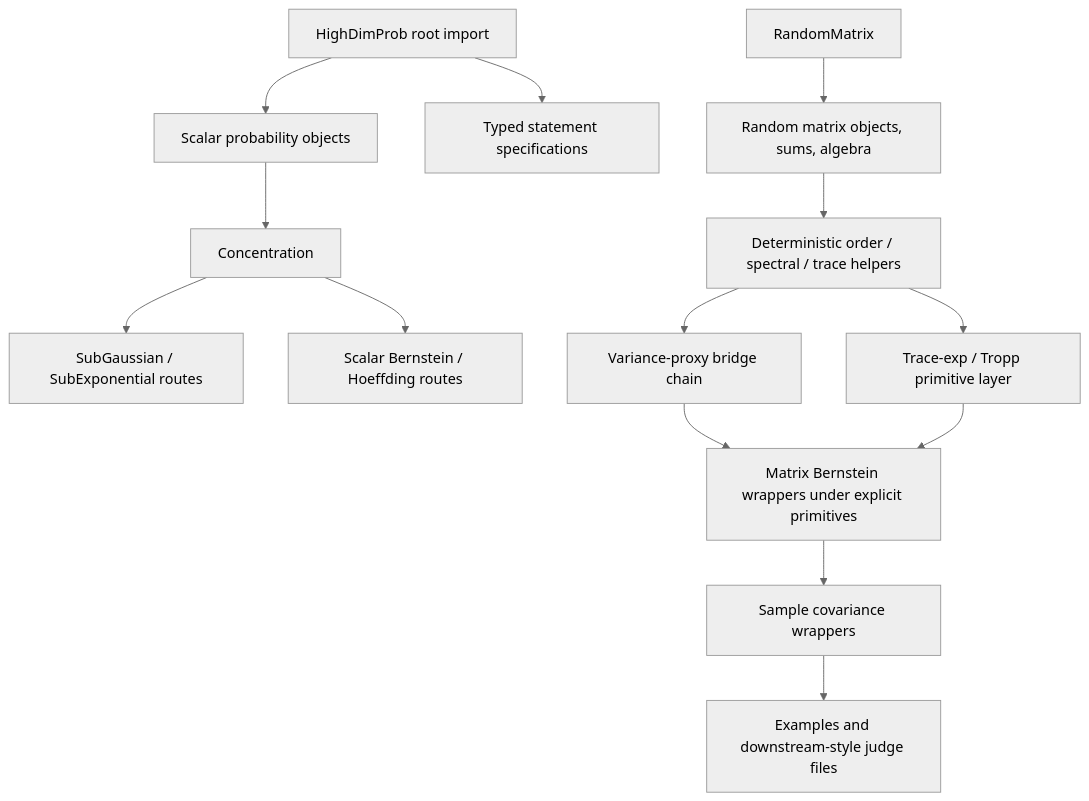
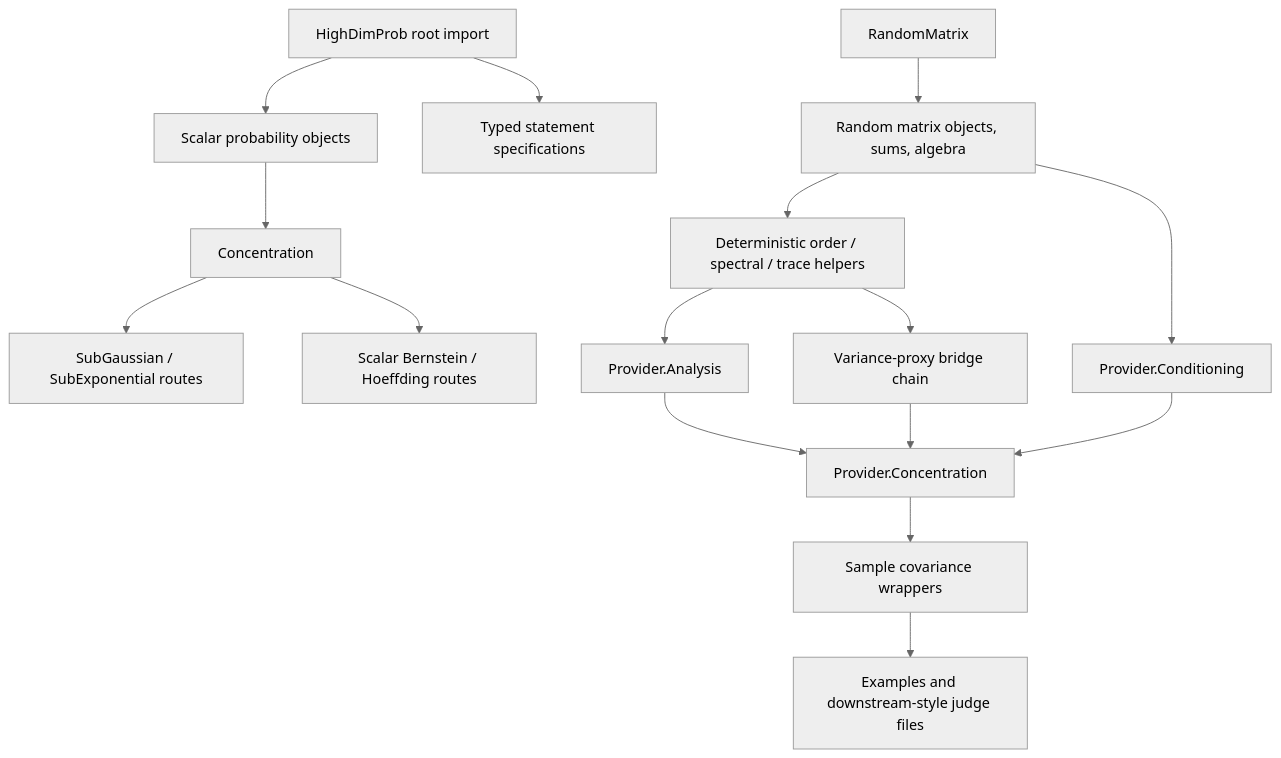
One commit to dududuguo/HighDimProb changed the diagram in docs/APIOverview.md. Above: the diagram before and after it, drawn with Mermaid (neutral theme). The commit also changed other lines of this file and 32 other files, not shown here.

````diff
--- a/docs/APIOverview.md
+++ b/docs/APIOverview.md
@@ -44,18 +50,20 @@
 ```mermaid
 flowchart TD
   Root["HighDimProb root import"] --> Scalar["Scalar probability objects"]
   Root --> Statements["Typed statement specifications"]
 
   Scalar --> Conc["Concentration"]
   Conc --> SG["SubGaussian / SubExponential routes"]
   Conc --> Bern["Scalar Bernstein / Hoeffding routes"]
 
   RM["RandomMatrix"] --> RMObj["Random matrix objects, sums, algebra"]
   RMObj --> Det["Deterministic order / spectral / trace helpers"]
+  Det --> Analytic["Provider.Analysis"]
+  RMObj --> Cond["Provider.Conditioning"]
   Det --> VP["Variance-proxy bridge chain"]
-  Det --> Trace["Trace-exp / Tropp primitive layer"]
-  VP --> MB["Matrix Bernstein wrappers under explicit primitives"]
-  Trace --> MB
+  Analytic --> MB["Provider.Concentration"]
+  Cond --> MB
+  VP --> MB
   MB --> SCov["Sample covariance wrappers"]
   SCov --> Ex["Examples and downstream-style judge files"]
 ```
````
